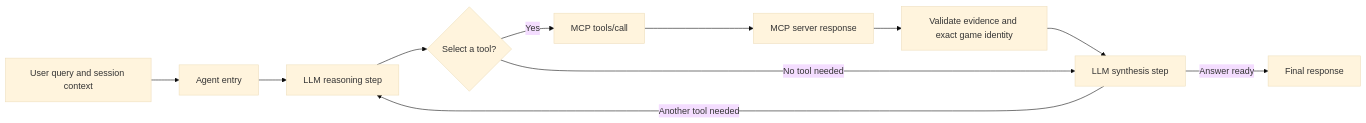
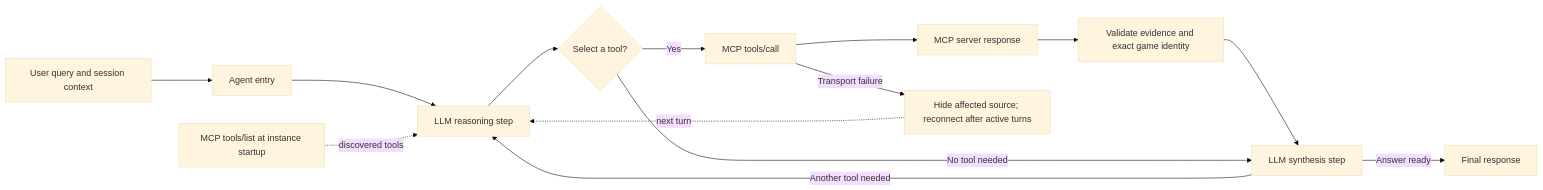
The second of 3 diagrams in README.md (waderylan/prediction-market-agent), drawn with Mermaid (base theme) before and after one commit. The commit also changed other lines of this file and 10 other files, not shown here.

````diff
--- a/README.md
+++ b/README.md
@@ -304,13 +324,16 @@
 ```mermaid
 flowchart LR
     Q[User query and session context] --> A[Agent entry]
     A --> R[LLM reasoning step]
+    D[MCP tools/list at instance startup] -. discovered tools .-> R
     R --> T{Select a tool?}
     T -->|Yes| C[MCP tools/call]
     C --> S[MCP server response]
+    C -->|Transport failure| F[Hide affected source; reconnect after active turns]
+    F -. next turn .-> R
     S --> V[Validate evidence and exact game identity]
     V --> Y[LLM synthesis step]
     Y -->|Another tool needed| R
     T -->|No tool needed| Y
     Y -->|Answer ready| O[Final response]
 ```
````
